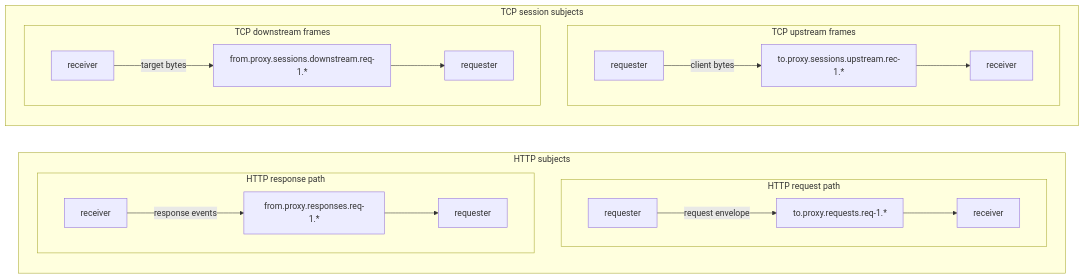
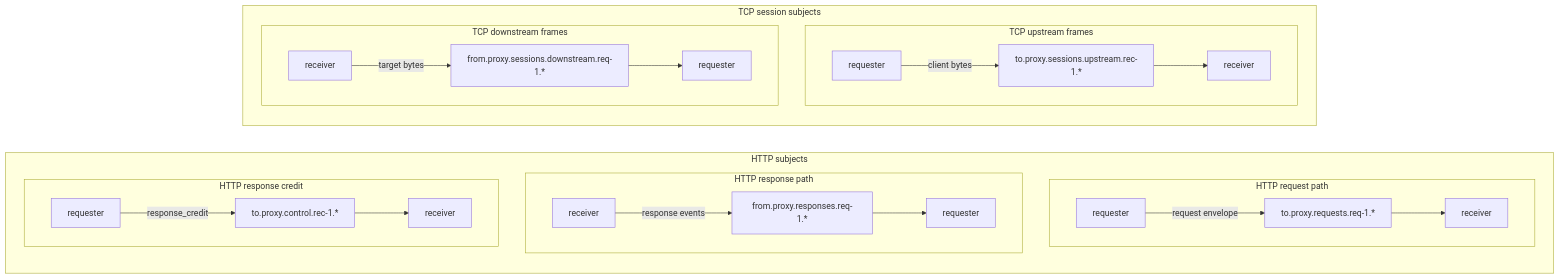
One commit to artyomb/nats-proxy changed the diagram in docs-site/src/content/docs/architecture/nats-transport.md. Above: the diagram before and after it, drawn with Mermaid. The commit also changed other lines of this file and 9 other files, not shown here.

First line of the commit message:
docs: document flow control in nats-proxy docs

````diff
--- a/docs-site/src/content/docs/architecture/nats-transport.md
+++ b/docs-site/src/content/docs/architecture/nats-transport.md
@@ -35,34 +36,40 @@
 ```mermaid
 flowchart LR
   subgraph http_column["HTTP subjects"]
     direction TB
 
     subgraph http_request["HTTP request path"]
       direction LR
       requester_http_req["requester"] -->|request envelope| req_subject["to.proxy.requests.req-1.*"]
       req_subject --> receiver_http_req["receiver"]
     end
 
     subgraph http_response["HTTP response path"]
       direction LR
       receiver_http_res["receiver"] -->|response events| res_subject["from.proxy.responses.req-1.*"]
       res_subject --> requester_http_res["requester"]
+    end
+
+    subgraph http_credit["HTTP response credit"]
+      direction LR
+      requester_http_credit["requester"] -->|response_credit| ctrl_subject["to.proxy.control.rec-1.*"]
+      ctrl_subject --> receiver_http_credit["receiver"]
     end
   end
 
   subgraph tcp_column["TCP session subjects"]
     direction TB
 
     subgraph tcp_upstream["TCP upstream frames"]
       direction LR
       requester_tcp_up["requester"] -->|client bytes| up_subject["to.proxy.sessions.upstream.rec-1.*"]
       up_subject --> receiver_tcp_up["receiver"]
     end
 
     subgraph tcp_downstream["TCP downstream frames"]
       direction LR
       receiver_tcp_down["receiver"] -->|target bytes| down_subject["from.proxy.sessions.downstream.req-1.*"]
       down_subject --> requester_tcp_down["requester"]
     end
   end
 ```
````
